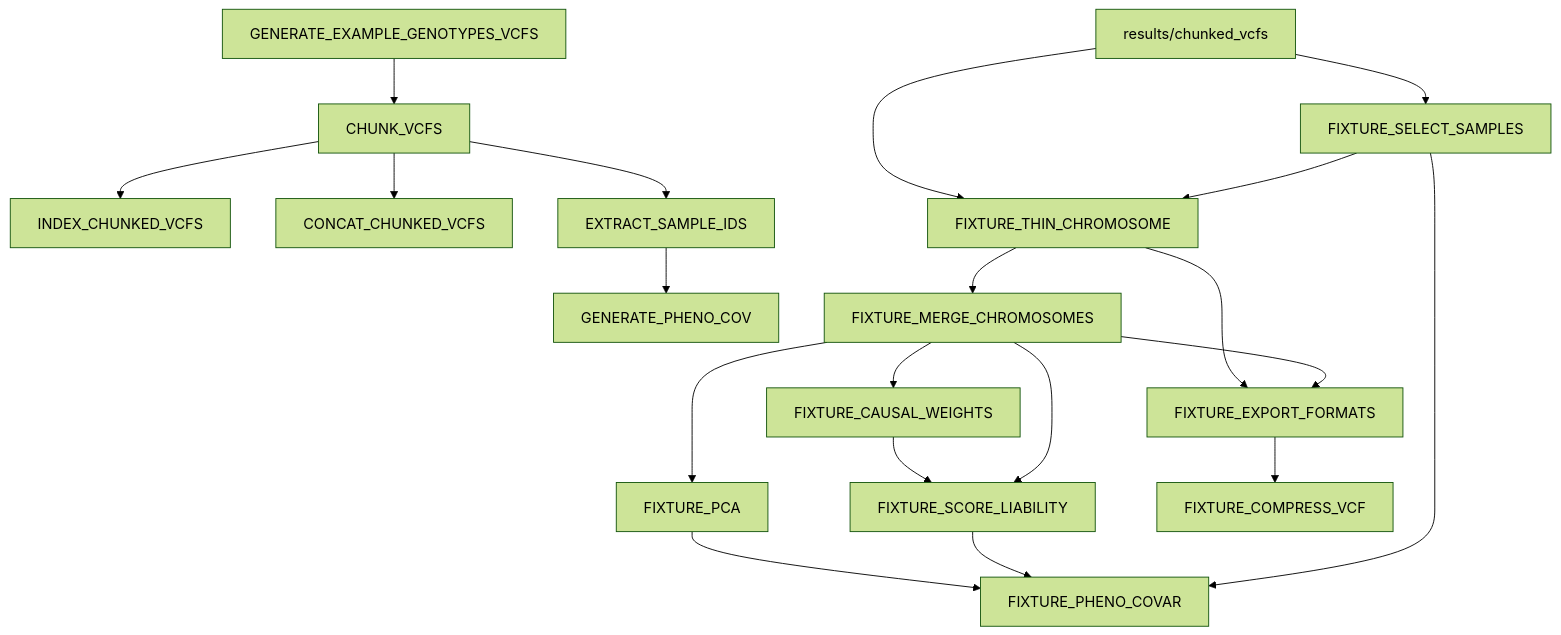
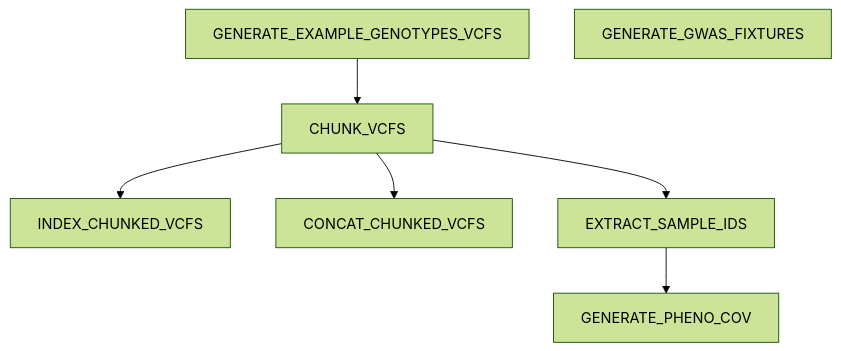
One commit to nf-core/test-datasets changed the diagram in README.md. Above: the diagram before and after it, drawn with Mermaid (forest theme). The commit also changed other lines of this file and 220 other files, not shown here.

Commit message:
refactor(fixtures): publish compact canonical GWAS data

````diff
--- a/README.md
+++ b/README.md
@@ -13,22 +13,9 @@
 ```mermaid
 graph TD
     A[GENERATE_EXAMPLE_GENOTYPES_VCFS] --> B[CHUNK_VCFS]
     B --> C[INDEX_CHUNKED_VCFS]
     B --> D[CONCAT_CHUNKED_VCFS]
     B --> F[EXTRACT_SAMPLE_IDS]
     F --> G[GENERATE_PHENO_COV]
-    H[results/chunked_vcfs] --> I[FIXTURE_SELECT_SAMPLES]
-    H --> J[FIXTURE_THIN_CHROMOSOME]
-    I --> J
-    J --> K[FIXTURE_MERGE_CHROMOSOMES]
-    K --> L[FIXTURE_PCA]
-    K --> M[FIXTURE_CAUSAL_WEIGHTS]
-    M --> N[FIXTURE_SCORE_LIABILITY]
-    K --> N
-    L --> O[FIXTURE_PHENO_COVAR]
-    N --> O
-    I --> O
-    J --> P[FIXTURE_EXPORT_FORMATS]
-    K --> P
-    P --> Q[FIXTURE_COMPRESS_VCF]
+    H[GENERATE_GWAS_FIXTURES]
 ```
````
